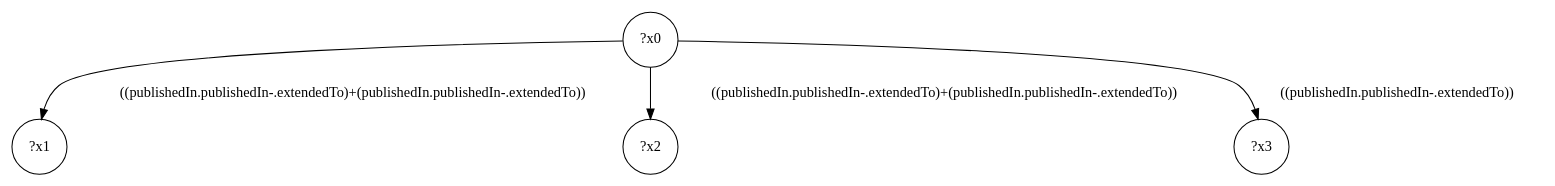
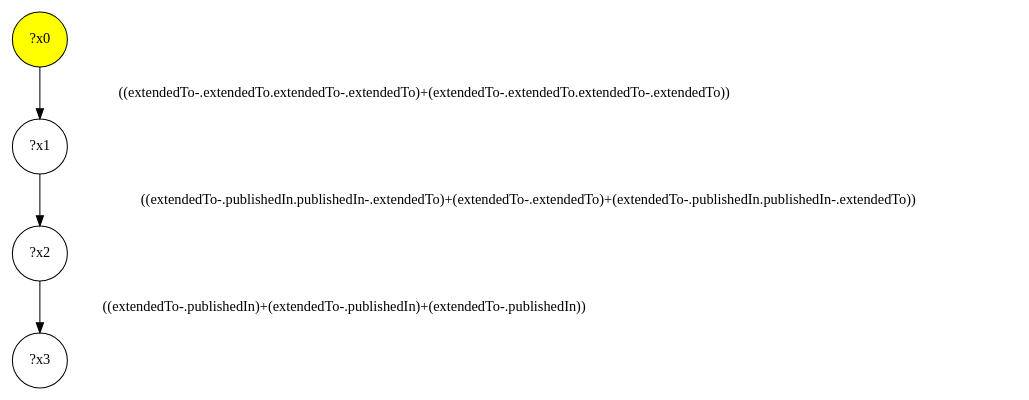
One commit to gbagan/gmark changed the diagram in src/queryinterface/interface-queries/query-28.dot. Above: the diagram before and after it, drawn with Graphviz. The commit also changed 150 other files, not shown here.

```diff
--- a/src/queryinterface/interface-queries/query-28.dot
+++ b/src/queryinterface/interface-queries/query-28.dot
@@ -1,9 +1,9 @@
 digraph g {
-	x0 [shape=circle, label="?x0"];
+	x0 [fillcolor="yellow", style="filled," shape=circle, label="?x0"];
 	x1 [shape=circle, label="?x1"];
-	x0 -> x1 [label="((publishedIn.publishedIn-.extendedTo)+(publishedIn.publishedIn-.extendedTo))"];
+	x0 -> x1 [label="((extendedTo-.extendedTo.extendedTo-.extendedTo)+(extendedTo-.extendedTo.extendedTo-.extendedTo))"];
 	x2 [shape=circle, label="?x2"];
-	x0 -> x2 [label="((publishedIn.publishedIn-.extendedTo)+(publishedIn.publishedIn-.extendedTo))"];
+	x1 -> x2 [label="((extendedTo-.publishedIn.publishedIn-.extendedTo)+(extendedTo-.extendedTo)+(extendedTo-.publishedIn.publishedIn-.extendedTo))"];
 	x3 [shape=circle, label="?x3"];
-	x0 -> x3 [label="((publishedIn.publishedIn-.extendedTo))"];
+	x2 -> x3 [label="((extendedTo-.publishedIn)+(extendedTo-.publishedIn)+(extendedTo-.publishedIn))"];
 }
```
